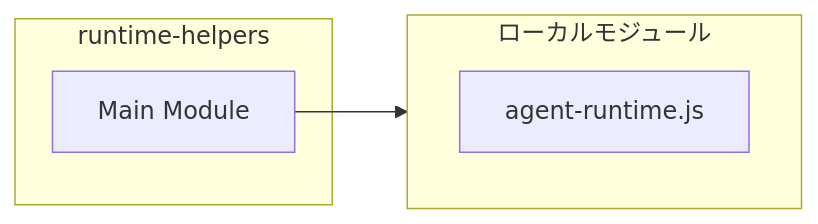
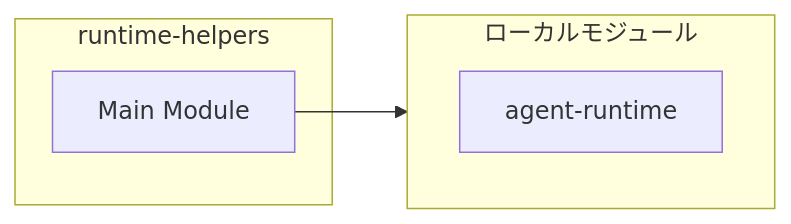
The second of 4 diagrams in ABDD/.pi/extensions/shared/runtime-helpers.md (Mekann2904/mekann), drawn with Mermaid before and after one commit. The commit also changed other lines of this file and 174 other files, not shown here.

First line of the commit message:
fix(docs): ABDDのMermaid図生成エラーを修正する

````diff
--- a/ABDD/.pi/extensions/shared/runtime-helpers.md
+++ b/ABDD/.pi/extensions/shared/runtime-helpers.md
@@ -56,10 +56,10 @@
 ```mermaid
 flowchart LR
   subgraph this[runtime-helpers]
     main[Main Module]
   end
   subgraph local[ローカルモジュール]
-    agent_runtime_js["agent-runtime.js"]
+    agent_runtime["agent-runtime"]
   end
   main --> local
 ```
````
